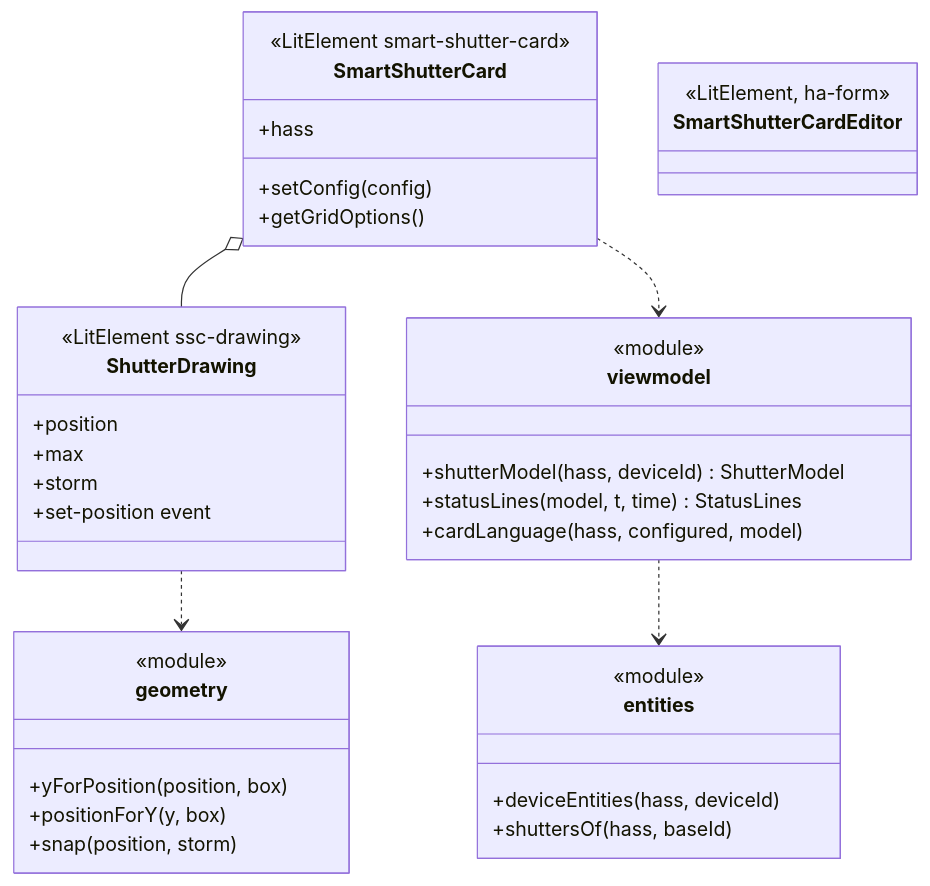
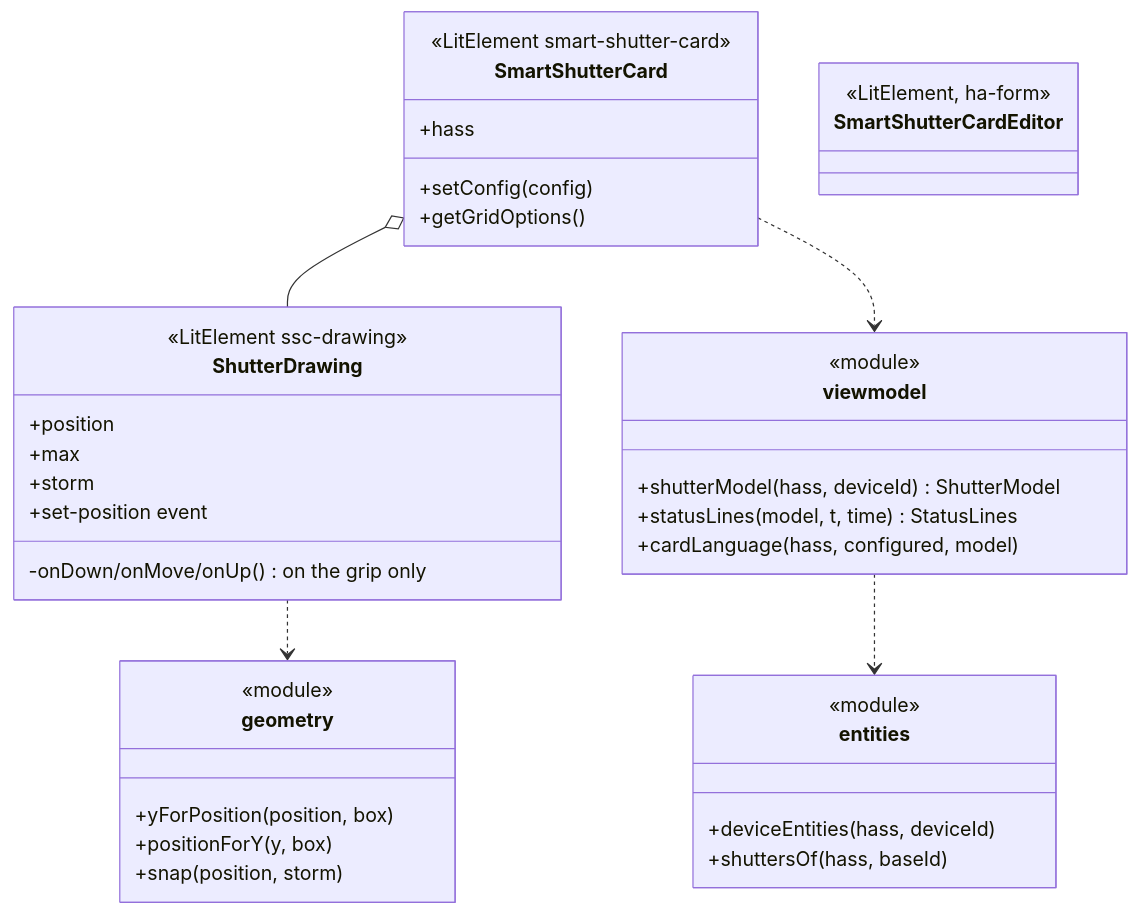
Diagram 20 of 27 in docs/architecture.md (abroeders/smart-shutter-control), drawn with Mermaid before and after one commit. The commit also changed 9 other files, not shown here.

````diff
--- a/docs/architecture.md
+++ b/docs/architecture.md
@@ -695,40 +695,41 @@
 ```mermaid
 classDiagram
     class SmartShutterCard {
         <<LitElement smart-shutter-card>>
         +setConfig(config)
         +hass
         +getGridOptions()
     }
     class ShutterDrawing {
         <<LitElement ssc-drawing>>
         +position
         +max
         +storm
         +set-position event
+        -onDown/onMove/onUp() on the grip only
     }
     class viewmodel {
         <<module>>
         +shutterModel(hass, deviceId) ShutterModel
         +statusLines(model, t, time) StatusLines
         +cardLanguage(hass, configured, model)
     }
     class geometry {
         <<module>>
         +yForPosition(position, box)
         +positionForY(y, box)
         +snap(position, storm)
     }
     class entities {
         <<module>>
         +deviceEntities(hass, deviceId)
         +shuttersOf(hass, baseId)
     }
     class SmartShutterCardEditor {
         <<LitElement, ha-form>>
     }
     SmartShutterCard o-- ShutterDrawing
     SmartShutterCard ..> viewmodel
     ShutterDrawing ..> geometry
     viewmodel ..> entities
 ```
````
